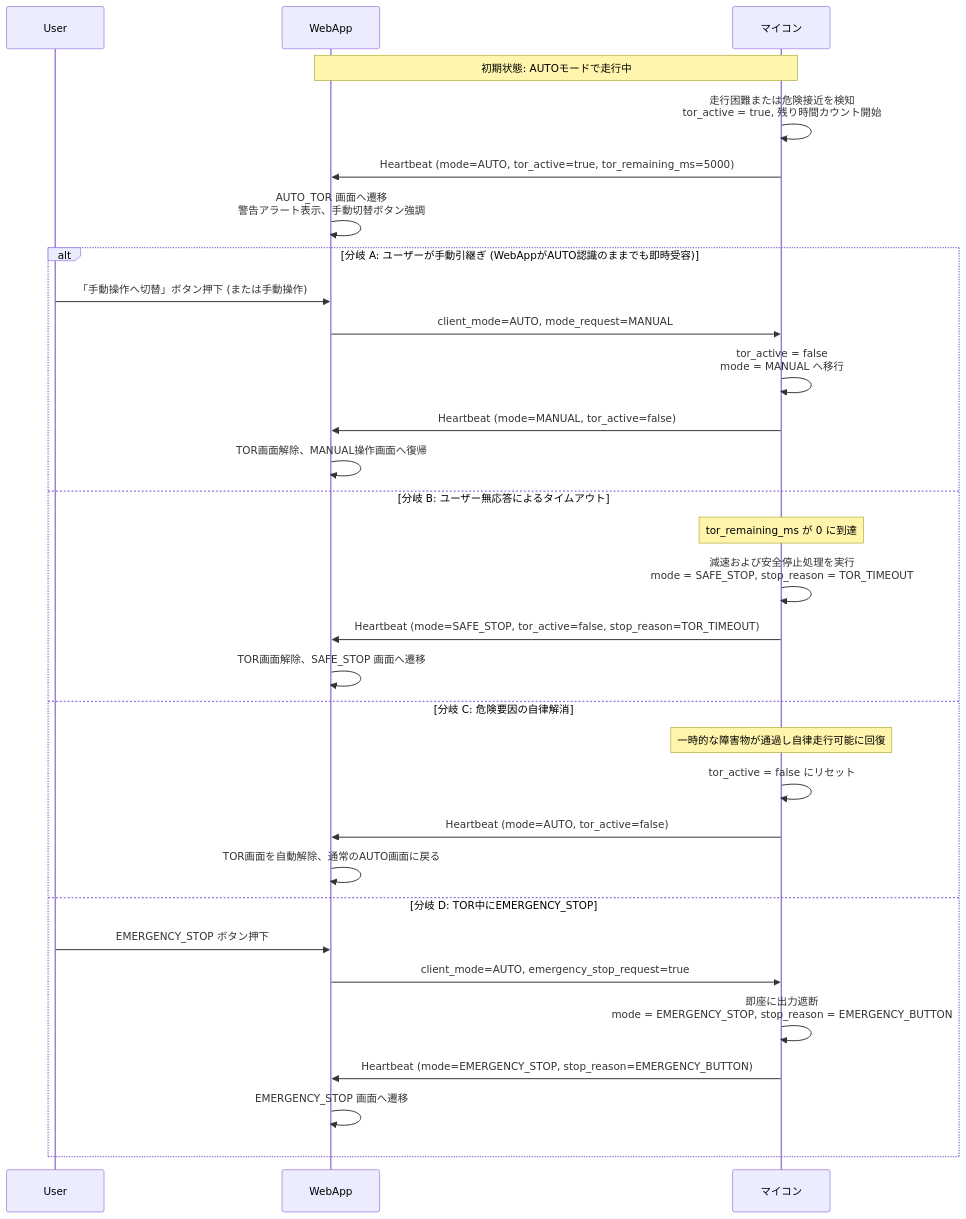
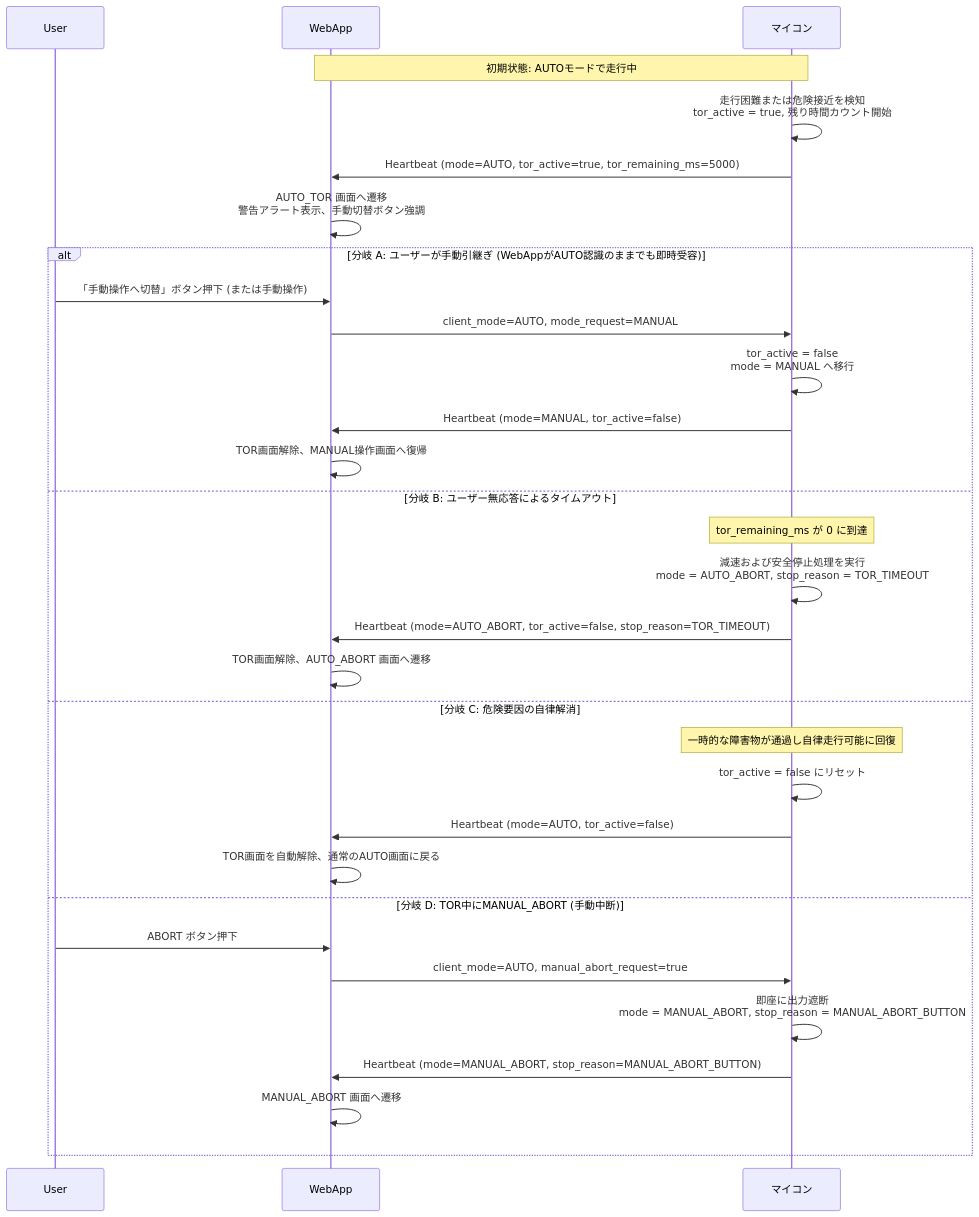
One commit to tut-cc/mini-4wd-webapp changed the fourth of 7 diagrams in docs/sequences.md. Above: the diagram before and after it, drawn with Mermaid. The commit also changed other lines of this file and 16 other files, not shown here.

Commit message:
refactor: rename SAFE_STOP/EMERGENCY_STOP to AUTO_ABORT/MANUAL_ABORT and update docs

````diff
--- a/docs/sequences.md
+++ b/docs/sequences.md
@@ -120,40 +120,40 @@
 ```mermaid
 sequenceDiagram
     participant U as User
     participant W as WebApp
     participant M as マイコン
 
     Note over W, M: 初期状態: AUTOモードで走行中
 
     M->>M: 走行困難または危険接近を検知<br/>tor_active = true, 残り時間カウント開始
     M->>W: Heartbeat (mode=AUTO, tor_active=true, tor_remaining_ms=5000)
 
     W->>W: AUTO_TOR 画面へ遷移<br/>警告アラート表示、手動切替ボタン強調
 
     alt 分岐 A: ユーザーが手動引継ぎ (WebAppがAUTO認識のままでも即時受容)
         U->>W: 「手動操作へ切替」ボタン押下 (または手動操作)
         W->>M: client_mode=AUTO, mode_request=MANUAL
         M->>M: tor_active = false<br/>mode = MANUAL へ移行
         M->>W: Heartbeat (mode=MANUAL, tor_active=false)
         W->>W: TOR画面解除、MANUAL操作画面へ復帰
 
     else 分岐 B: ユーザー無応答によるタイムアウト
         Note over M: tor_remaining_ms が 0 に到達
-        M->>M: 減速および安全停止処理を実行<br/>mode = SAFE_STOP, stop_reason = TOR_TIMEOUT
-        M->>W: Heartbeat (mode=SAFE_STOP, tor_active=false, stop_reason=TOR_TIMEOUT)
-        W->>W: TOR画面解除、SAFE_STOP 画面へ遷移
+        M->>M: 減速および安全停止処理を実行<br/>mode = AUTO_ABORT, stop_reason = TOR_TIMEOUT
+        M->>W: Heartbeat (mode=AUTO_ABORT, tor_active=false, stop_reason=TOR_TIMEOUT)
+        W->>W: TOR画面解除、AUTO_ABORT 画面へ遷移
 
     else 分岐 C: 危険要因の自律解消
         Note over M: 一時的な障害物が通過し自律走行可能に回復
         M->>M: tor_active = false にリセット
         M->>W: Heartbeat (mode=AUTO, tor_active=false)
         W->>W: TOR画面を自動解除、通常のAUTO画面に戻る
 
-    else 分岐 D: TOR中にEMERGENCY_STOP
-        U->>W: EMERGENCY_STOP ボタン押下
-        W->>M: client_mode=AUTO, emergency_stop_request=true
-        M->>M: 即座に出力遮断<br/>mode = EMERGENCY_STOP, stop_reason = EMERGENCY_BUTTON
-        M->>W: Heartbeat (mode=EMERGENCY_STOP, stop_reason=EMERGENCY_BUTTON)
-        W->>W: EMERGENCY_STOP 画面へ遷移
+    else 分岐 D: TOR中にMANUAL_ABORT (手動中断)
+        U->>W: ABORT ボタン押下
+        W->>M: client_mode=AUTO, manual_abort_request=true
+        M->>M: 即座に出力遮断<br/>mode = MANUAL_ABORT, stop_reason = MANUAL_ABORT_BUTTON
+        M->>W: Heartbeat (mode=MANUAL_ABORT, stop_reason=MANUAL_ABORT_BUTTON)
+        W->>W: MANUAL_ABORT 画面へ遷移
     end
 ```
````
